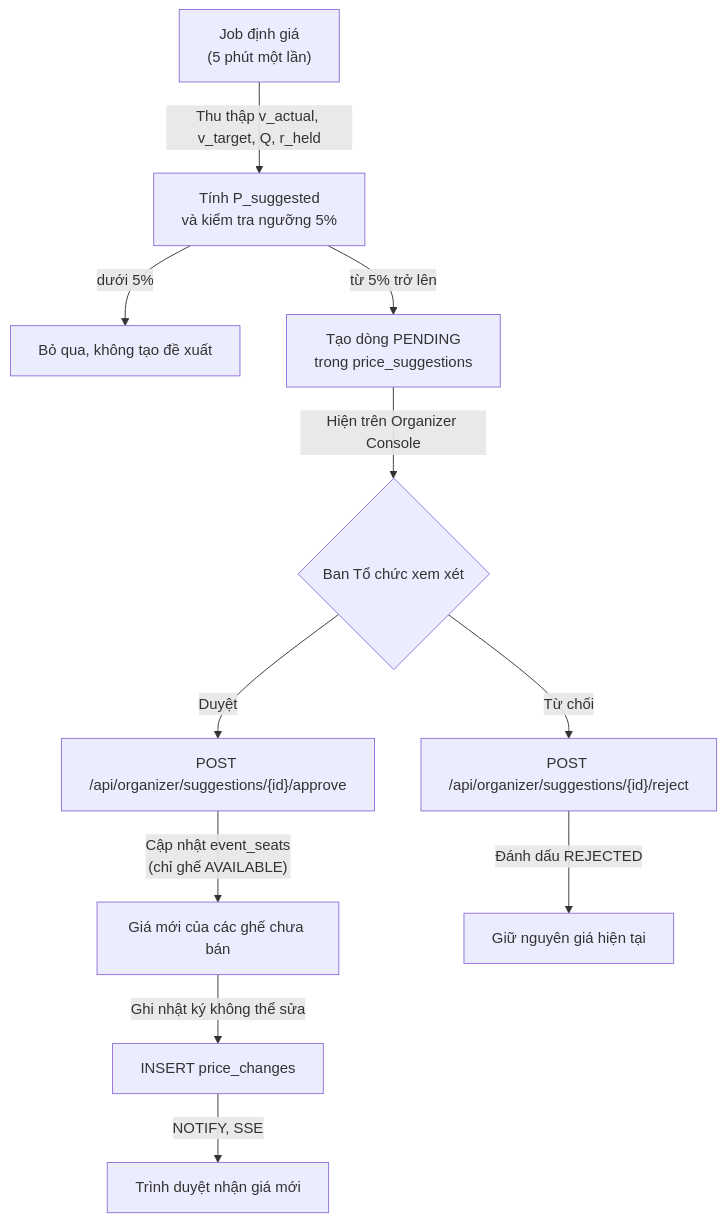
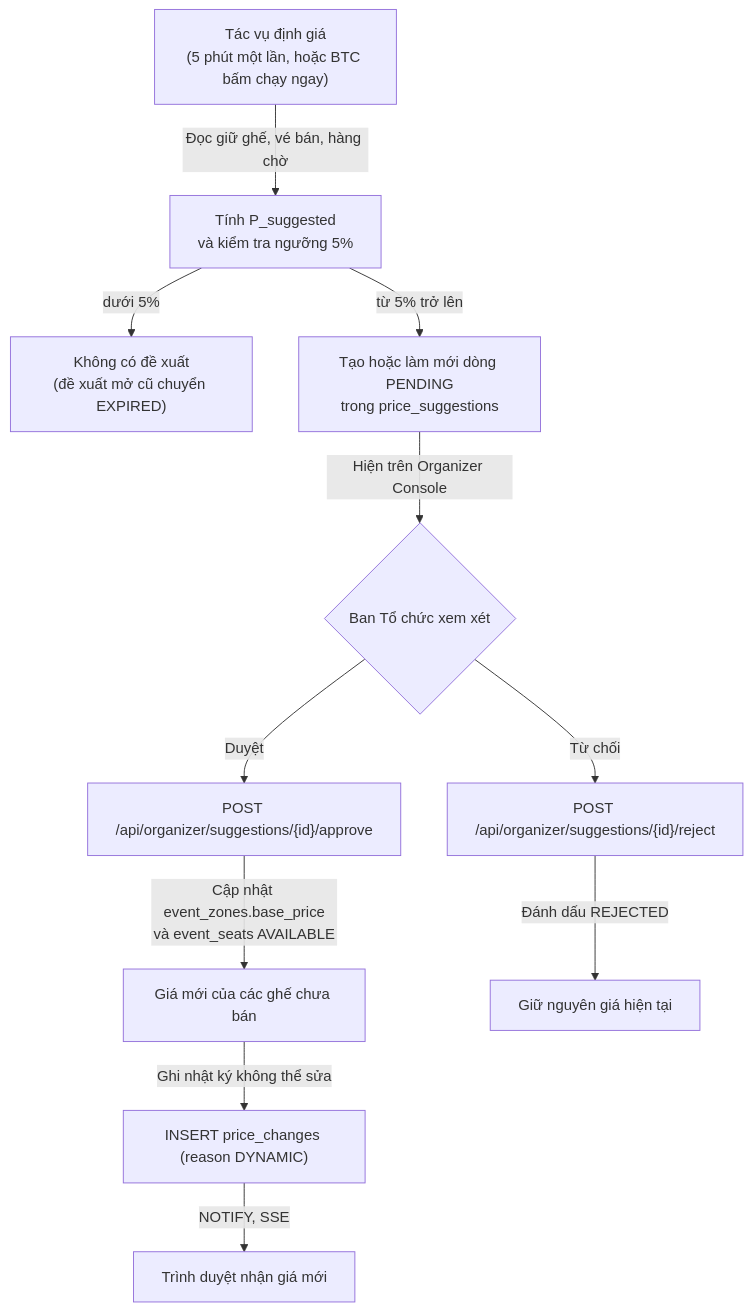
The diagram in docs/dynamic-pricing.md (nhansp/COSH301), drawn with Mermaid before and after one commit. The commit also changed other lines of this file and 5 other files, not shown here.

First line of the commit message:
docs: Describe the dynamic pricing engine, API and approval flow

````diff
--- a/docs/dynamic-pricing.md
+++ b/docs/dynamic-pricing.md
@@ -113,15 +151,15 @@
 ```mermaid
 flowchart TD
-    Job["Job định giá<br/>(5 phút một lần)"] -->|"Thu thập v_actual, v_target, Q, r_held"| Calc["Tính P_suggested<br/>và kiểm tra ngưỡng 5%"]
-    Calc -->|"dưới 5%"| Ignore["Bỏ qua, không tạo đề xuất"]
-    Calc -->|"từ 5% trở lên"| Create["Tạo dòng PENDING<br/>trong price_suggestions"]
+    Job["Tác vụ định giá<br/>(5 phút một lần, hoặc BTC bấm chạy ngay)"] -->|"Đọc giữ ghế, vé bán, hàng chờ"| Calc["Tính P_suggested<br/>và kiểm tra ngưỡng 5%"]
+    Calc -->|"dưới 5%"| Ignore["Không có đề xuất<br/>(đề xuất mở cũ chuyển EXPIRED)"]
+    Calc -->|"từ 5% trở lên"| Create["Tạo hoặc làm mới dòng PENDING<br/>trong price_suggestions"]
     Create -->|"Hiện trên Organizer Console"| Organizer{"Ban Tổ chức xem xét"}
 
     Organizer -->|"Duyệt"| Approve["POST /api/organizer/suggestions/{id}/approve"]
-    Approve -->|"Cập nhật event_seats<br/>(chỉ ghế AVAILABLE)"| UpdateSeats["Giá mới của các ghế chưa bán"]
-    UpdateSeats -->|"Ghi nhật ký không thể sửa"| LogChange["INSERT price_changes"]
+    Approve -->|"Cập nhật event_zones.base_price<br/>và event_seats AVAILABLE"| UpdateSeats["Giá mới của các ghế chưa bán"]
+    UpdateSeats -->|"Ghi nhật ký không thể sửa"| LogChange["INSERT price_changes (reason DYNAMIC)"]
     LogChange -->|"NOTIFY, SSE"| NotifyClients["Trình duyệt nhận giá mới"]
 
     Organizer -->|"Từ chối"| Reject["POST /api/organizer/suggestions/{id}/reject"]
     Reject -->|"Đánh dấu REJECTED"| KeepCurrent["Giữ nguyên giá hiện tại"]
 ```
````
